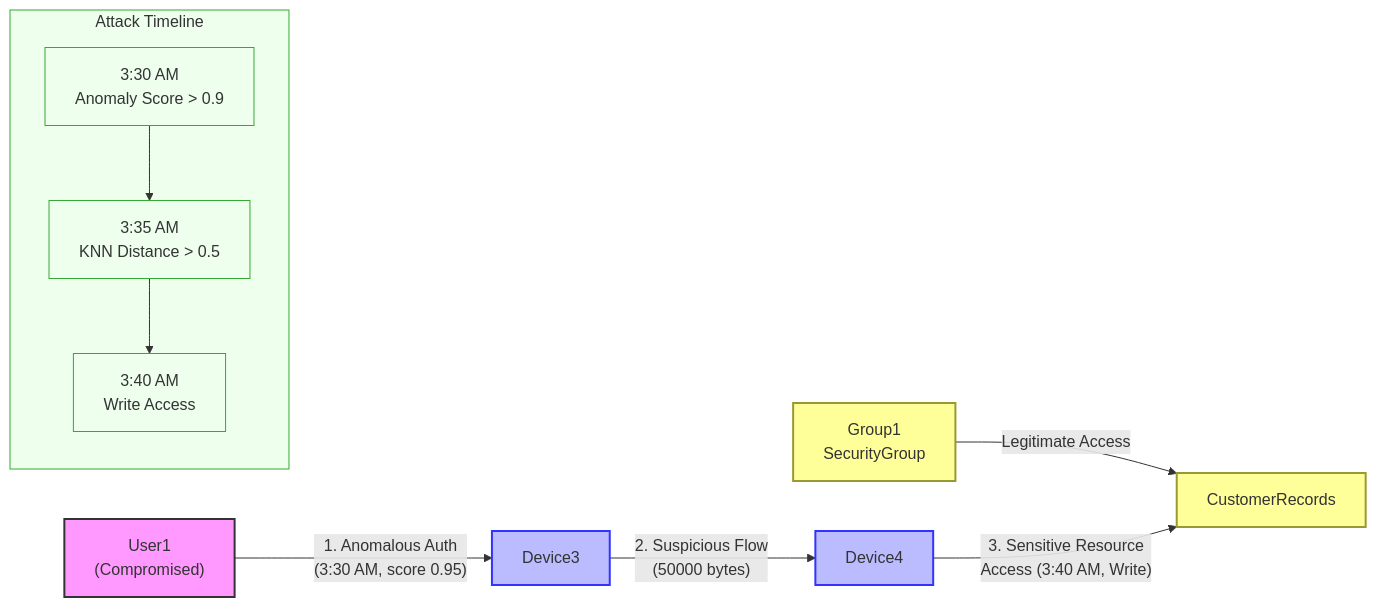
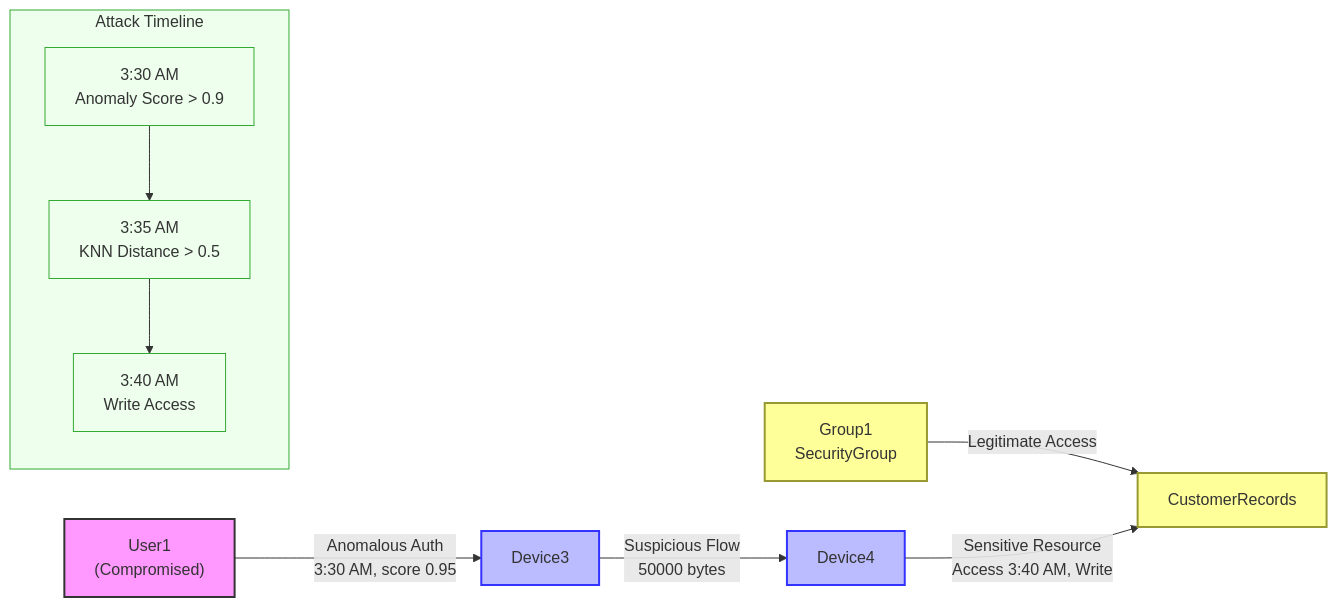
Before and after one commit to Azure/azure-kusto-graph-samples: the sixth of 7 diagrams in graph of graph/README.md, drawn with Mermaid. The commit also changed other lines of this file, not shown here.

````diff
--- a/graph of graph/README.md
+++ b/graph of graph/README.md
@@ -773,26 +769,26 @@
 ```mermaid
 flowchart LR
     subgraph Timeline ["Attack Timeline"]
         direction TB
         T1["3:30 AM<br>Anomaly Score > 0.9"]
         T2["3:35 AM<br>KNN Distance > 0.5"]
         T3["3:40 AM<br>Write Access"]
         
         T1 --> T2 --> T3
     end
     
-    User1["User1<br>(Compromised)"] -->|"1. Anomalous Auth<br>(3:30 AM, score 0.95)"| Device3
-    Device3["Device3"] -->|"2. Suspicious Flow<br>(50000 bytes)"| Device4
+    User1["User1<br>(Compromised)"] -->| Anomalous Auth<br>3:30 AM, score 0.95| Device3
+    Device3["Device3"] -->|Suspicious Flow<br>50000 bytes| Device4
     Group1["Group1<br>SecurityGroup"] -->|"Legitimate Access"| CustomerRecords
-    Device4["Device4"] -->|"3. Sensitive Resource<br>Access (3:40 AM, Write)"| CustomerRecords["CustomerRecords"]
+    Device4["Device4"] -->|Sensitive Resource<br>Access 3:40 AM, Write| CustomerRecords["CustomerRecords"]
     
     classDef userNode fill:#f9f,stroke:#333,stroke-width:2px;
     classDef deviceNode fill:#bbf,stroke:#33f,stroke-width:2px;
     classDef resourceNode fill:#ff9,stroke:#993,stroke-width:2px;
     classDef timelineNode fill:#efe,stroke:#3a3,stroke-width:1px;
     
     class User1 userNode;
     class Device3,Device4 deviceNode;
     class Group1,CustomerRecords resourceNode;
     class Timeline,T1,T2,T3 timelineNode;
 ```
````
